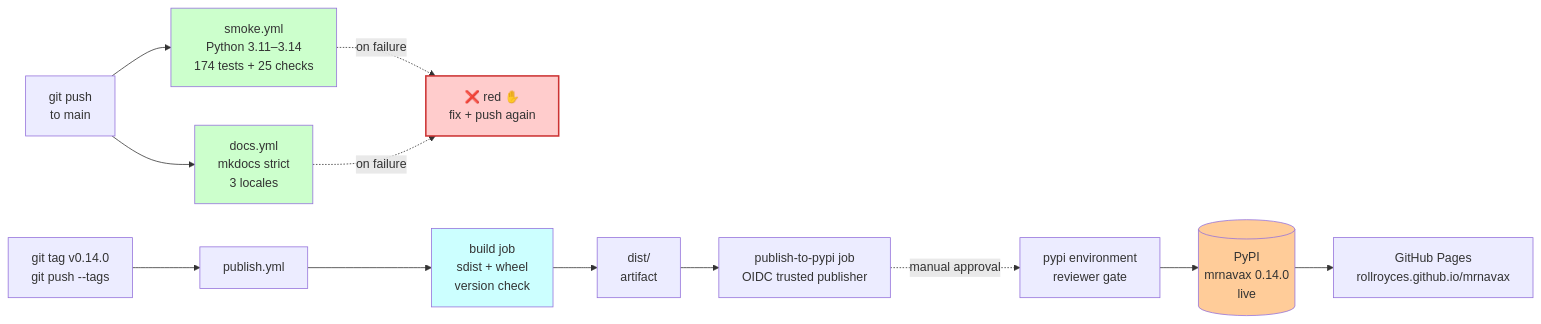
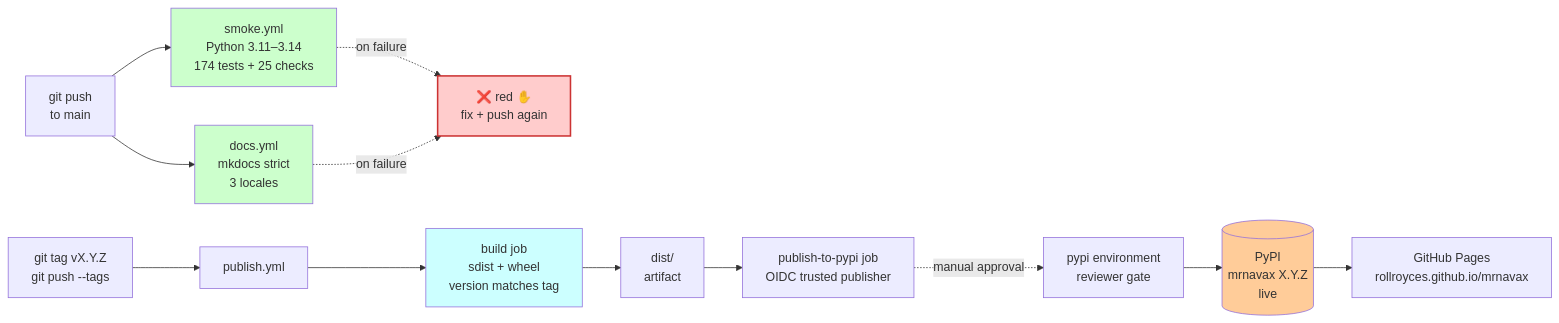
Before and after one commit to rollroyces/mrna-ai-toolkit: the third of 3 diagrams in README.md, drawn with Mermaid. The commit also changed other lines of this file and 3 other files, not shown here.

````diff
--- a/README.md
+++ b/README.md
@@ -412,21 +414,21 @@
 ```mermaid
 flowchart LR
     DEV["git push<br/>to main"] --> SMOKE[smoke.yml<br/>Python 3.11–3.14<br/>174 tests + 25 checks]
     DEV --> DOCS[docs.yml<br/>mkdocs strict<br/>3 locales]
     SMOKE -.on failure.-> FAIL[❌ red ✋<br/>fix + push again]
     DOCS -.on failure.-> FAIL
 
-    TAG["git tag v0.14.0<br/>git push --tags"] --> PUB[publish.yml]
-    PUB --> BUILD["build job<br/>sdist + wheel<br/>version check"]
+    TAG["git tag vX.Y.Z<br/>git push --tags"] --> PUB[publish.yml]
+    PUB --> BUILD["build job<br/>sdist + wheel<br/>version matches tag"]
     BUILD --> ART["dist/<br/>artifact"]
     ART --> PYP["publish-to-pypi job<br/>OIDC trusted publisher"]
     PYP -.manual approval.-> REVIEW["pypi environment<br/>reviewer gate"]
-    REVIEW --> LIVE[("PyPI<br/>mrnavax 0.14.0<br/>live")]
+    REVIEW --> LIVE[("PyPI<br/>mrnavax X.Y.Z<br/>live")]
     LIVE --> PAGES[GitHub Pages<br/>rollroyces.github.io/mrnavax]
 
     style SMOKE fill:#cfc
     style DOCS fill:#cfc
     style BUILD fill:#cff
     style LIVE fill:#fc9
     style FAIL fill:#fcc,stroke:#c33,stroke-width:2px
 ```
````
